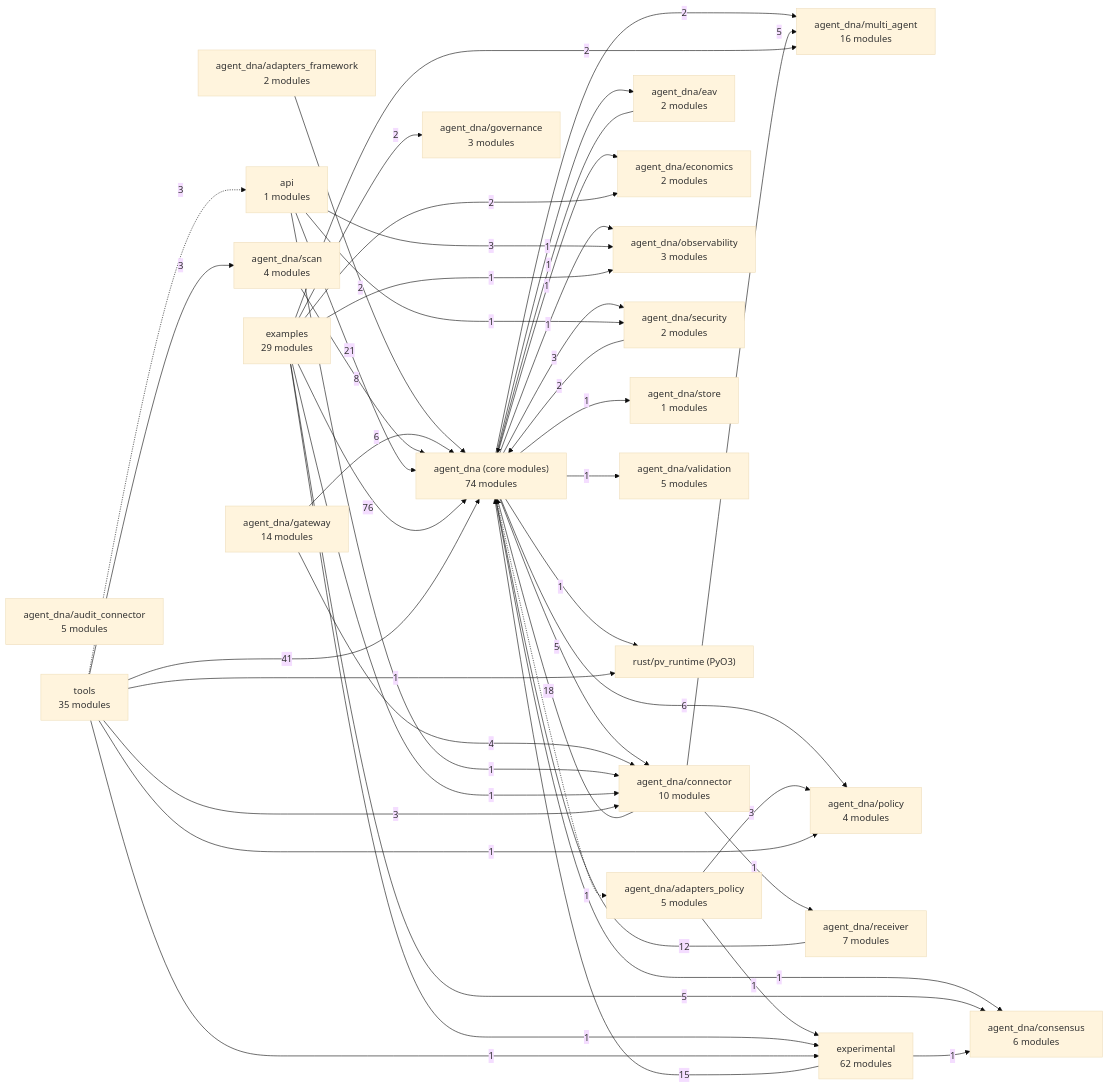
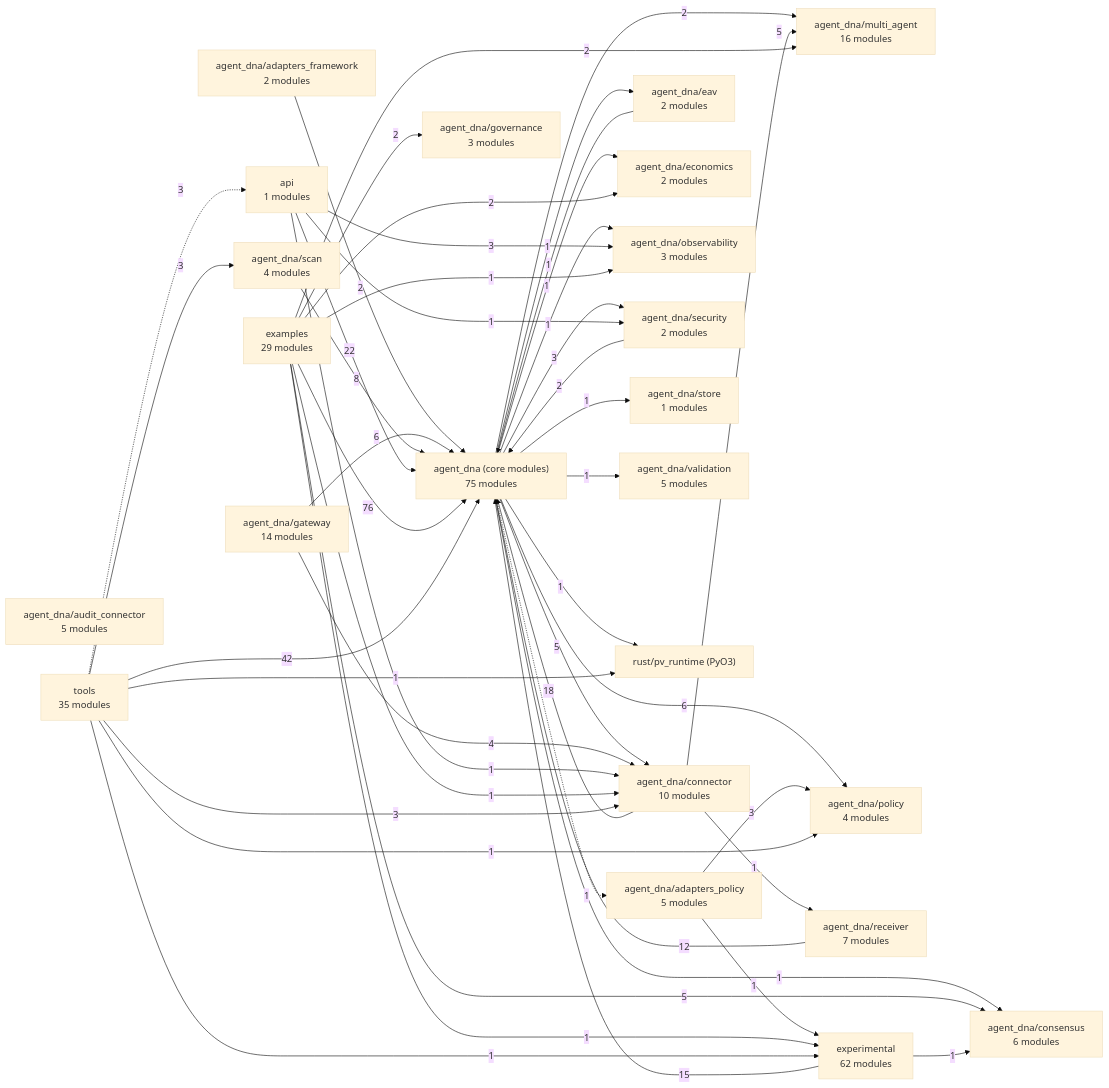
One commit to LOLA0786/privatevault-agent-dna changed the diagram in docs/architecture/MAP.md. Above: the diagram before and after it, drawn with Mermaid (base theme). The commit also changed other lines of this file and 25 other files, not shown here.

````diff
--- a/docs/architecture/MAP.md
+++ b/docs/architecture/MAP.md
@@ -7,71 +7,71 @@
 ```mermaid
 flowchart LR
-  n0["agent_dna (core modules)<br/>74 modules"]
+  n0["agent_dna (core modules)<br/>75 modules"]
   n1["agent_dna/adapters_framework<br/>2 modules"]
   n2["agent_dna/adapters_policy<br/>5 modules"]
   n3["agent_dna/audit_connector<br/>5 modules"]
   n4["agent_dna/connector<br/>10 modules"]
   n5["agent_dna/consensus<br/>6 modules"]
   n6["agent_dna/eav<br/>2 modules"]
   n7["agent_dna/economics<br/>2 modules"]
   n8["agent_dna/gateway<br/>14 modules"]
   n9["agent_dna/governance<br/>3 modules"]
   n10["agent_dna/multi_agent<br/>16 modules"]
   n11["agent_dna/observability<br/>3 modules"]
   n12["agent_dna/policy<br/>4 modules"]
   n13["agent_dna/receiver<br/>7 modules"]
   n14["agent_dna/scan<br/>4 modules"]
   n15["agent_dna/security<br/>2 modules"]
   n16["agent_dna/store<br/>1 modules"]
   n17["agent_dna/validation<br/>5 modules"]
   n18["api<br/>1 modules"]
   n19["examples<br/>29 modules"]
   n20["experimental<br/>62 modules"]
   n21["rust/pv_runtime (PyO3)"]
   n22["tools<br/>35 modules"]
   n0 -.->|1| n2
   n0 -->|5| n4
   n0 -->|1| n5
   n0 -->|1| n6
   n0 -->|1| n7
   n0 -->|2| n10
   n0 -->|1| n11
   n0 -->|6| n12
   n0 -->|3| n15
   n0 -->|1| n16
   n0 -->|1| n17
   n0 -->|1| n21
   n1 -->|2| n0
   n2 -->|3| n12
   n2 -->|1| n20
   n4 -->|18| n0
   n4 -->|5| n10
   n4 -->|1| n13
   n6 -->|1| n0
   n8 -->|6| n0
   n8 -->|4| n4
   n13 -->|12| n0
   n14 -->|8| n0
   n15 -->|2| n0
-  n18 -->|21| n0
+  n18 -->|22| n0
   n18 -->|1| n4
   n18 -->|3| n11
   n18 -->|1| n15
   n19 -->|76| n0
   n19 -->|1| n4
   n19 -->|5| n5
   n19 -->|2| n7
   n19 -->|2| n9
   n19 -->|2| n10
   n19 -->|1| n11
   n19 -->|1| n20
   n20 -->|15| n0
   n20 -->|1| n5
-  n22 -->|41| n0
+  n22 -->|42| n0
   n22 -->|3| n4
   n22 -->|1| n12
   n22 -->|3| n14
   n22 -.->|3| n18
   n22 -->|1| n20
   n22 -->|1| n21
 ```
````
